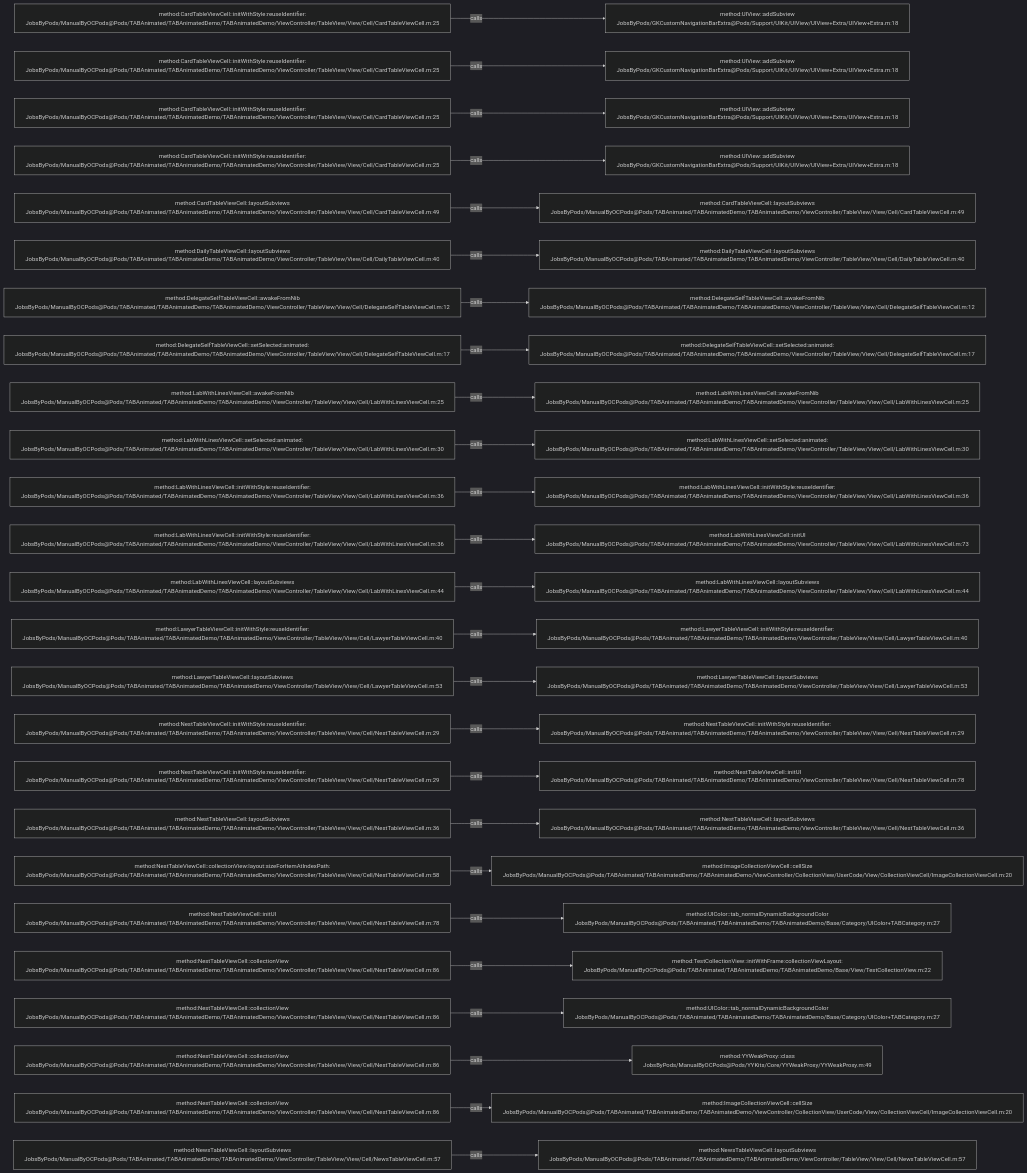
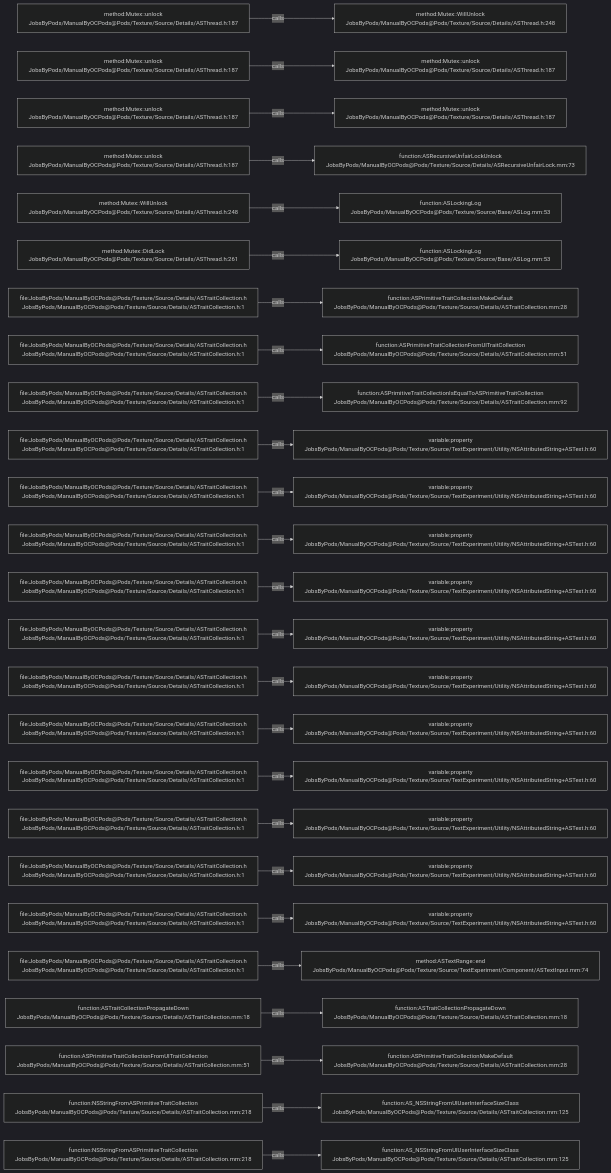
Before and after one commit to JobsKits/JobsOCBaseConfigDemo: the diagram in .codegraph/codegraph.md/graphs/calls-174.md, drawn with Mermaid (dark theme). The commit also changed 2162 other files, not shown here.

````diff
--- a/.codegraph/codegraph.md/graphs/calls-174.md
+++ b/.codegraph/codegraph.md/graphs/calls-174.md
@@ -13,78 +13,78 @@
 ```mermaid
 flowchart LR
-  S1["method:CardTableViewCell::initWithStyle:reuseIdentifier:<br/>JobsByPods/ManualByOCPods@Pods/TABAnimated/TABAnimatedDemo/TABAnimatedDemo/ViewController/TableView/View/Cell/CardTableViewCell.m:25"]
-  T1["method:UIView::addSubview<br/>JobsByPods/GKCustomNavigationBarExtra@Pods/Support/UIKit/UIView/UIView+Extra/UIView+Extra.m:18"]
+  S1["method:Mutex::unlock<br/>JobsByPods/ManualByOCPods@Pods/Texture/Source/Details/ASThread.h:187"]
+  T1["method:Mutex::WillUnlock<br/>JobsByPods/ManualByOCPods@Pods/Texture/Source/Details/ASThread.h:248"]
   S1 -->|calls| T1
-  S2["method:CardTableViewCell::initWithStyle:reuseIdentifier:<br/>JobsByPods/ManualByOCPods@Pods/TABAnimated/TABAnimatedDemo/TABAnimatedDemo/ViewController/TableView/View/Cell/CardTableViewCell.m:25"]
-  T2["method:UIView::addSubview<br/>JobsByPods/GKCustomNavigationBarExtra@Pods/Support/UIKit/UIView/UIView+Extra/UIView+Extra.m:18"]
+  S2["method:Mutex::unlock<br/>JobsByPods/ManualByOCPods@Pods/Texture/Source/Details/ASThread.h:187"]
+  T2["method:Mutex::unlock<br/>JobsByPods/ManualByOCPods@Pods/Texture/Source/Details/ASThread.h:187"]
   S2 -->|calls| T2
-  S3["method:CardTableViewCell::initWithStyle:reuseIdentifier:<br/>JobsByPods/ManualByOCPods@Pods/TABAnimated/TABAnimatedDemo/TABAnimatedDemo/ViewController/TableView/View/Cell/CardTableViewCell.m:25"]
-  T3["method:UIView::addSubview<br/>JobsByPods/GKCustomNavigationBarExtra@Pods/Support/UIKit/UIView/UIView+Extra/UIView+Extra.m:18"]
+  S3["method:Mutex::unlock<br/>JobsByPods/ManualByOCPods@Pods/Texture/Source/Details/ASThread.h:187"]
+  T3["method:Mutex::unlock<br/>JobsByPods/ManualByOCPods@Pods/Texture/Source/Details/ASThread.h:187"]
   S3 -->|calls| T3
-  S4["method:CardTableViewCell::initWithStyle:reuseIdentifier:<br/>JobsByPods/ManualByOCPods@Pods/TABAnimated/TABAnimatedDemo/TABAnimatedDemo/ViewController/TableView/View/Cell/CardTableViewCell.m:25"]
-  T4["method:UIView::addSubview<br/>JobsByPods/GKCustomNavigationBarExtra@Pods/Support/UIKit/UIView/UIView+Extra/UIView+Extra.m:18"]
+  S4["method:Mutex::unlock<br/>JobsByPods/ManualByOCPods@Pods/Texture/Source/Details/ASThread.h:187"]
+  T4["function:ASRecursiveUnfairLockUnlock<br/>JobsByPods/ManualByOCPods@Pods/Texture/Source/Details/ASRecursiveUnfairLock.mm:73"]
   S4 -->|calls| T4
-  S5["method:CardTableViewCell::layoutSubviews<br/>JobsByPods/ManualByOCPods@Pods/TABAnimated/TABAnimatedDemo/TABAnimatedDemo/ViewController/TableView/View/Cell/CardTableViewCell.m:49"]
-  T5["method:CardTableViewCell::layoutSubviews<br/>JobsByPods/ManualByOCPods@Pods/TABAnimated/TABAnimatedDemo/TABAnimatedDemo/ViewController/TableView/View/Cell/CardTableViewCell.m:49"]
+  S5["method:Mutex::WillUnlock<br/>JobsByPods/ManualByOCPods@Pods/Texture/Source/Details/ASThread.h:248"]
+  T5["function:ASLockingLog<br/>JobsByPods/ManualByOCPods@Pods/Texture/Source/Base/ASLog.mm:53"]
   S5 -->|calls| T5
-  S6["method:DailyTableViewCell::layoutSubviews<br/>JobsByPods/ManualByOCPods@Pods/TABAnimated/TABAnimatedDemo/TABAnimatedDemo/ViewController/TableView/View/Cell/DailyTableViewCell.m:40"]
-  T6["method:DailyTableViewCell::layoutSubviews<br/>JobsByPods/ManualByOCPods@Pods/TABAnimated/TABAnimatedDemo/TABAnimatedDemo/ViewController/TableView/View/Cell/DailyTableViewCell.m:40"]
+  S6["method:Mutex::DidLock<br/>JobsByPods/ManualByOCPods@Pods/Texture/Source/Details/ASThread.h:261"]
+  T6["function:ASLockingLog<br/>JobsByPods/ManualByOCPods@Pods/Texture/Source/Base/ASLog.mm:53"]
   S6 -->|calls| T6
-  S7["method:DelegateSelfTableViewCell::awakeFromNib<br/>JobsByPods/ManualByOCPods@Pods/TABAnimated/TABAnimatedDemo/TABAnimatedDemo/ViewController/TableView/View/Cell/DelegateSelfTableViewCell.m:12"]
-  T7["method:DelegateSelfTableViewCell::awakeFromNib<br/>JobsByPods/ManualByOCPods@Pods/TABAnimated/TABAnimatedDemo/TABAnimatedDemo/ViewController/TableView/View/Cell/DelegateSelfTableViewCell.m:12"]
+  S7["file:JobsByPods/ManualByOCPods@Pods/Texture/Source/Details/ASTraitCollection.h<br/>JobsByPods/ManualByOCPods@Pods/Texture/Source/Details/ASTraitCollection.h:1"]
+  T7["function:ASPrimitiveTraitCollectionMakeDefault<br/>JobsByPods/ManualByOCPods@Pods/Texture/Source/Details/ASTraitCollection.mm:28"]
   S7 -->|calls| T7
-  S8["method:DelegateSelfTableViewCell::setSelected:animated:<br/>JobsByPods/ManualByOCPods@Pods/TABAnimated/TABAnimatedDemo/TABAnimatedDemo/ViewController/TableView/View/Cell/DelegateSelfTableViewCell.m:17"]
-  T8["method:DelegateSelfTableViewCell::setSelected:animated:<br/>JobsByPods/ManualByOCPods@Pods/TABAnimated/TABAnimatedDemo/TABAnimatedDemo/ViewController/TableView/View/Cell/DelegateSelfTableViewCell.m:17"]
+  S8["file:JobsByPods/ManualByOCPods@Pods/Texture/Source/Details/ASTraitCollection.h<br/>JobsByPods/ManualByOCPods@Pods/Texture/Source/Details/ASTraitCollection.h:1"]
+  T8["function:ASPrimitiveTraitCollectionFromUITraitCollection<br/>JobsByPods/ManualByOCPods@Pods/Texture/Source/Details/ASTraitCollection.mm:51"]
   S8 -->|calls| T8
-  S9["method:LabWithLinesViewCell::awakeFromNib<br/>JobsByPods/ManualByOCPods@Pods/TABAnimated/TABAnimatedDemo/TABAnimatedDemo/ViewController/TableView/View/Cell/LabWithLinesViewCell.m:25"]
-  T9["method:LabWithLinesViewCell::awakeFromNib<br/>JobsByPods/ManualByOCPods@Pods/TABAnimated/TABAnimatedDemo/TABAnimatedDemo/ViewController/TableView/View/Cell/LabWithLinesViewCell.m:25"]
+  S9["file:JobsByPods/ManualByOCPods@Pods/Texture/Source/Details/ASTraitCollection.h<br/>JobsByPods/ManualByOCPods@Pods/Texture/Source/Details/ASTraitCollection.h:1"]
+  T9["function:ASPrimitiveTraitCollectionIsEqualToASPrimitiveTraitCollection<br/>JobsByPods/ManualByOCPods@Pods/Texture/Source/Details/ASTraitCollection.mm:92"]
   S9 -->|calls| T9
-  S10["method:LabWithLinesViewCell::setSelected:animated:<br/>JobsByPods/ManualByOCPods@Pods/TABAnimated/TABAnimatedDemo/TABAnimatedDemo/ViewController/TableView/View/Cell/LabWithLinesViewCell.m:30"]
-  T10["method:LabWithLinesViewCell::setSelected:animated:<br/>JobsByPods/ManualByOCPods@Pods/TABAnimated/TABAnimatedDemo/TABAnimatedDemo/ViewController/TableView/View/Cell/LabWithLinesViewCell.m:30"]
+  S10["file:JobsByPods/ManualByOCPods@Pods/Texture/Source/Details/ASTraitCollection.h<br/>JobsByPods/ManualByOCPods@Pods/Texture/Source/Details/ASTraitCollection.h:1"]
+  T10["variable:property<br/>JobsByPods/ManualByOCPods@Pods/Texture/Source/TextExperiment/Utility/NSAttributedString+ASText.h:60"]
   S10 -->|calls| T10
-  S11["method:LabWithLinesViewCell::initWithStyle:reuseIdentifier:<br/>JobsByPods/ManualByOCPods@Pods/TABAnimated/TABAnimatedDemo/TABAnimatedDemo/ViewController/TableView/View/Cell/LabWithLinesViewCell.m:36"]
-  T11["method:LabWithLinesViewCell::initWithStyle:reuseIdentifier:<br/>JobsByPods/ManualByOCPods@Pods/TABAnimated/TABAnimatedDemo/TABAnimatedDemo/ViewController/TableView/View/Cell/LabWithLinesViewCell.m:36"]
+  S11["file:JobsByPods/ManualByOCPods@Pods/Texture/Source/Details/ASTraitCollection.h<br/>JobsByPods/ManualByOCPods@Pods/Texture/Source/Details/ASTraitCollection.h:1"]
+  T11["variable:property<br/>JobsByPods/ManualByOCPods@Pods/Texture/Source/TextExperiment/Utility/NSAttributedString+ASText.h:60"]
   S11 -->|calls| T11
-  S12["method:LabWithLinesViewCell::initWithStyle:reuseIdentifier:<br/>JobsByPods/ManualByOCPods@Pods/TABAnimated/TABAnimatedDemo/TABAnimatedDemo/ViewController/TableView/View/Cell/LabWithLinesViewCell.m:36"]
-  T12["method:LabWithLinesViewCell::initUI<br/>JobsByPods/ManualByOCPods@Pods/TABAnimated/TABAnimatedDemo/TABAnimatedDemo/ViewController/TableView/View/Cell/LabWithLinesViewCell.m:73"]
+  S12["file:JobsByPods/ManualByOCPods@Pods/Texture/Source/Details/ASTraitCollection.h<br/>JobsByPods/ManualByOCPods@Pods/Texture/Source/Details/ASTraitCollection.h:1"]
+  T12["variable:property<br/>JobsByPods/ManualByOCPods@Pods/Texture/Source/TextExperiment/Utility/NSAttributedString+ASText.h:60"]
   S12 -->|calls| T12
-  S13["method:LabWithLinesViewCell::layoutSubviews<br/>JobsByPods/ManualByOCPods@Pods/TABAnimated/TABAnimatedDemo/TABAnimatedDemo/ViewController/TableView/View/Cell/LabWithLinesViewCell.m:44"]
-  T13["method:LabWithLinesViewCell::layoutSubviews<br/>JobsByPods/ManualByOCPods@Pods/TABAnimated/TABAnimatedDemo/TABAnimatedDemo/ViewController/TableView/View/Cell/LabWithLinesViewCell.m:44"]
+  S13["file:JobsByPods/ManualByOCPods@Pods/Texture/Source/Details/ASTraitCollection.h<br/>JobsByPods/ManualByOCPods@Pods/Texture/Source/Details/ASTraitCollection.h:1"]
+  T13["variable:property<br/>JobsByPods/ManualByOCPods@Pods/Texture/Source/TextExperiment/Utility/NSAttributedString+ASText.h:60"]
   S13 -->|calls| T13
-  S14["method:LawyerTableViewCell::initWithStyle:reuseIdentifier:<br/>JobsByPods/ManualByOCPods@Pods/TABAnimated/TABAnimatedDemo/TABAnimatedDemo/ViewController/TableView/View/Cell/LawyerTableViewCell.m:40"]
-  T14["method:LawyerTableViewCell::initWithStyle:reuseIdentifier:<br/>JobsByPods/ManualByOCPods@Pods/TABAnimated/TABAnimatedDemo/TABAnimatedDemo/ViewController/TableView/View/Cell/LawyerTableViewCell.m:40"]
+  S14["file:JobsByPods/ManualByOCPods@Pods/Texture/Source/Details/ASTraitCollection.h<br/>JobsByPods/ManualByOCPods@Pods/Texture/Source/Details/ASTraitCollection.h:1"]
+  T14["variable:property<br/>JobsByPods/ManualByOCPods@Pods/Texture/Source/TextExperiment/Utility/NSAttributedString+ASText.h:60"]
   S14 -->|calls| T14
-  S15["method:LawyerTableViewCell::layoutSubviews<br/>JobsByPods/ManualByOCPods@Pods/TABAnimated/TABAnimatedDemo/TABAnimatedDemo/ViewController/TableView/View/Cell/LawyerTableViewCell.m:53"]
-  T15["method:LawyerTableViewCell::layoutSubviews<br/>JobsByPods/ManualByOCPods@Pods/TABAnimated/TABAnimatedDemo/TABAnimatedDemo/ViewController/TableView/View/Cell/LawyerTableViewCell.m:53"]
+  S15["file:JobsByPods/ManualByOCPods@Pods/Texture/Source/Details/ASTraitCollection.h<br/>JobsByPods/ManualByOCPods@Pods/Texture/Source/Details/ASTraitCollection.h:1"]
+  T15["variable:property<br/>JobsByPods/ManualByOCPods@Pods/Texture/Source/TextExperiment/Utility/NSAttributedString+ASText.h:60"]
   S15 -->|calls| T15
-  S16["method:NestTableViewCell::initWithStyle:reuseIdentifier:<br/>JobsByPods/ManualByOCPods@Pods/TABAnimated/TABAnimatedDemo/TABAnimatedDemo/ViewController/TableView/View/Cell/NestTableViewCell.m:29"]
-  T16["method:NestTableViewCell::initWithStyle:reuseIdentifier:<br/>JobsByPods/ManualByOCPods@Pods/TABAnimated/TABAnimatedDemo/TABAnimatedDemo/ViewController/TableView/View/Cell/NestTableViewCell.m:29"]
+  S16["file:JobsByPods/ManualByOCPods@Pods/Texture/Source/Details/ASTraitCollection.h<br/>JobsByPods/ManualByOCPods@Pods/Texture/Source/Details/ASTraitCollection.h:1"]
+  T16["variable:property<br/>JobsByPods/ManualByOCPods@Pods/Texture/Source/TextExperiment/Utility/NSAttributedString+ASText.h:60"]
   S16 -->|calls| T16
-  S17["method:NestTableViewCell::initWithStyle:reuseIdentifier:<br/>JobsByPods/ManualByOCPods@Pods/TABAnimated/TABAnimatedDemo/TABAnimatedDemo/ViewController/TableView/View/Cell/NestTableViewCell.m:29"]
-  T17["method:NestTableViewCell::initUI<br/>JobsByPods/ManualByOCPods@Pods/TABAnimated/TABAnimatedDemo/TABAnimatedDemo/ViewController/TableView/View/Cell/NestTableViewCell.m:78"]
+  S17["file:JobsByPods/ManualByOCPods@Pods/Texture/Source/Details/ASTraitCollection.h<br/>JobsByPods/ManualByOCPods@Pods/Texture/Source/Details/ASTraitCollection.h:1"]
+  T17["variable:property<br/>JobsByPods/ManualByOCPods@Pods/Texture/Source/TextExperiment/Utility/NSAttributedString+ASText.h:60"]
   S17 -->|calls| T17
-  S18["method:NestTableViewCell::layoutSubviews<br/>JobsByPods/ManualByOCPods@Pods/TABAnimated/TABAnimatedDemo/TABAnimatedDemo/ViewController/TableView/View/Cell/NestTableViewCell.m:36"]
-  T18["method:NestTableViewCell::layoutSubviews<br/>JobsByPods/ManualByOCPods@Pods/TABAnimated/TABAnimatedDemo/TABAnimatedDemo/ViewController/TableView/View/Cell/NestTableViewCell.m:36"]
+  S18["file:JobsByPods/ManualByOCPods@Pods/Texture/Source/Details/ASTraitCollection.h<br/>JobsByPods/ManualByOCPods@Pods/Texture/Source/Details/ASTraitCollection.h:1"]
+  T18["variable:property<br/>JobsByPods/ManualByOCPods@Pods/Texture/Source/TextExperiment/Utility/NSAttributedString+ASText.h:60"]
   S18 -->|calls| T18
-  S19["method:NestTableViewCell::collectionView:layout:sizeForItemAtIndexPath:<br/>JobsByPods/ManualByOCPods@Pods/TABAnimated/TABAnimatedDemo/TABAnimatedDemo/ViewController/TableView/View/Cell/NestTableViewCell.m:58"]
-  T19["method:ImageCollectionViewCell::cellSize<br/>JobsByPods/ManualByOCPods@Pods/TABAnimated/TABAnimatedDemo/TABAnimatedDemo/ViewController/CollectionView/UserCode/View/CollectionViewCell/ImageCollectionViewCell.m:20"]
+  S19["file:JobsByPods/ManualByOCPods@Pods/Texture/Source/Details/ASTraitCollection.h<br/>JobsByPods/ManualByOCPods@Pods/Texture/Source/Details/ASTraitCollection.h:1"]
+  T19["variable:property<br/>JobsByPods/ManualByOCPods@Pods/Texture/Source/TextExperiment/Utility/NSAttributedString+ASText.h:60"]
   S19 -->|calls| T19
-  S20["method:NestTableViewCell::initUI<br/>JobsByPods/ManualByOCPods@Pods/TABAnimated/TABAnimatedDemo/TABAnimatedDemo/ViewController/TableView/View/Cell/NestTableViewCell.m:78"]
-  T20["method:UIColor::tab_normalDynamicBackgroundColor<br/>JobsByPods/ManualByOCPods@Pods/TABAnimated/TABAnimatedDemo/TABAnimatedDemo/Base/Category/UIColor+TABCategory.m:27"]
+  S20["file:JobsByPods/ManualByOCPods@Pods/Texture/Source/Details/ASTraitCollection.h<br/>JobsByPods/ManualByOCPods@Pods/Texture/Source/Details/ASTraitCollection.h:1"]
+  T20["variable:property<br/>JobsByPods/ManualByOCPods@Pods/Texture/Source/TextExperiment/Utility/NSAttributedString+ASText.h:60"]
   S20 -->|calls| T20
-  S21["method:NestTableViewCell::collectionView<br/>JobsByPods/ManualByOCPods@Pods/TABAnimated/TABAnimatedDemo/TABAnimatedDemo/ViewController/TableView/View/Cell/NestTableViewCell.m:86"]
-  T21["method:TestCollectionView::initWithFrame:collectionViewLayout:<br/>JobsByPods/ManualByOCPods@Pods/TABAnimated/TABAnimatedDemo/TABAnimatedDemo/Base/View/TestCollectionView.m:22"]
+  S21["file:JobsByPods/ManualByOCPods@Pods/Texture/Source/Details/ASTraitCollection.h<br/>JobsByPods/ManualByOCPods@Pods/Texture/Source/Details/ASTraitCollection.h:1"]
+  T21["method:ASTextRange::end<br/>JobsByPods/ManualByOCPods@Pods/Texture/Source/TextExperiment/Component/ASTextInput.mm:74"]
   S21 -->|calls| T21
-  S22["method:NestTableViewCell::collectionView<br/>JobsByPods/ManualByOCPods@Pods/TABAnimated/TABAnimatedDemo/TABAnimatedDemo/ViewController/TableView/View/Cell/NestTableViewCell.m:86"]
-  T22["method:UIColor::tab_normalDynamicBackgroundColor<br/>JobsByPods/ManualByOCPods@Pods/TABAnimated/TABAnimatedDemo/TABAnimatedDemo/Base/Category/UIColor+TABCategory.m:27"]
+  S22["function:ASTraitCollectionPropagateDown<br/>JobsByPods/ManualByOCPods@Pods/Texture/Source/Details/ASTraitCollection.mm:18"]
+  T22["function:ASTraitCollectionPropagateDown<br/>JobsByPods/ManualByOCPods@Pods/Texture/Source/Details/ASTraitCollection.mm:18"]
   S22 -->|calls| T22
-  S23["method:NestTableViewCell::collectionView<br/>JobsByPods/ManualByOCPods@Pods/TABAnimated/TABAnimatedDemo/TABAnimatedDemo/ViewController/TableView/View/Cell/NestTableViewCell.m:86"]
-  T23["method:YYWeakProxy::class<br/>JobsByPods/ManualByOCPods@Pods/YYKits/Core/YYWeakProxy/YYWeakProxy.m:49"]
+  S23["function:ASPrimitiveTraitCollectionFromUITraitCollection<br/>JobsByPods/ManualByOCPods@Pods/Texture/Source/Details/ASTraitCollection.mm:51"]
+  T23["function:ASPrimitiveTraitCollectionMakeDefault<br/>JobsByPods/ManualByOCPods@Pods/Texture/Source/Details/ASTraitCollection.mm:28"]
   S23 -->|calls| T23
-  S24["method:NestTableViewCell::collectionView<br/>JobsByPods/ManualByOCPods@Pods/TABAnimated/TABAnimatedDemo/TABAnimatedDemo/ViewController/TableView/View/Cell/NestTableViewCell.m:86"]
-  T24["method:ImageCollectionViewCell::cellSize<br/>JobsByPods/ManualByOCPods@Pods/TABAnimated/TABAnimatedDemo/TABAnimatedDemo/ViewController/CollectionView/UserCode/View/CollectionViewCell/ImageCollectionViewCell.m:20"]
+  S24["function:NSStringFromASPrimitiveTraitCollection<br/>JobsByPods/ManualByOCPods@Pods/Texture/Source/Details/ASTraitCollection.mm:218"]
+  T24["function:AS_NSStringFromUIUserInterfaceSizeClass<br/>JobsByPods/ManualByOCPods@Pods/Texture/Source/Details/ASTraitCollection.mm:125"]
   S24 -->|calls| T24
-  S25["method:NewsTableViewCell::layoutSubviews<br/>JobsByPods/ManualByOCPods@Pods/TABAnimated/TABAnimatedDemo/TABAnimatedDemo/ViewController/TableView/View/Cell/NewsTableViewCell.m:57"]
-  T25["method:NewsTableViewCell::layoutSubviews<br/>JobsByPods/ManualByOCPods@Pods/TABAnimated/TABAnimatedDemo/TABAnimatedDemo/ViewController/TableView/View/Cell/NewsTableViewCell.m:57"]
+  S25["function:NSStringFromASPrimitiveTraitCollection<br/>JobsByPods/ManualByOCPods@Pods/Texture/Source/Details/ASTraitCollection.mm:218"]
+  T25["function:AS_NSStringFromUIUserInterfaceSizeClass<br/>JobsByPods/ManualByOCPods@Pods/Texture/Source/Details/ASTraitCollection.mm:125"]
   S25 -->|calls| T25
 ```
````
